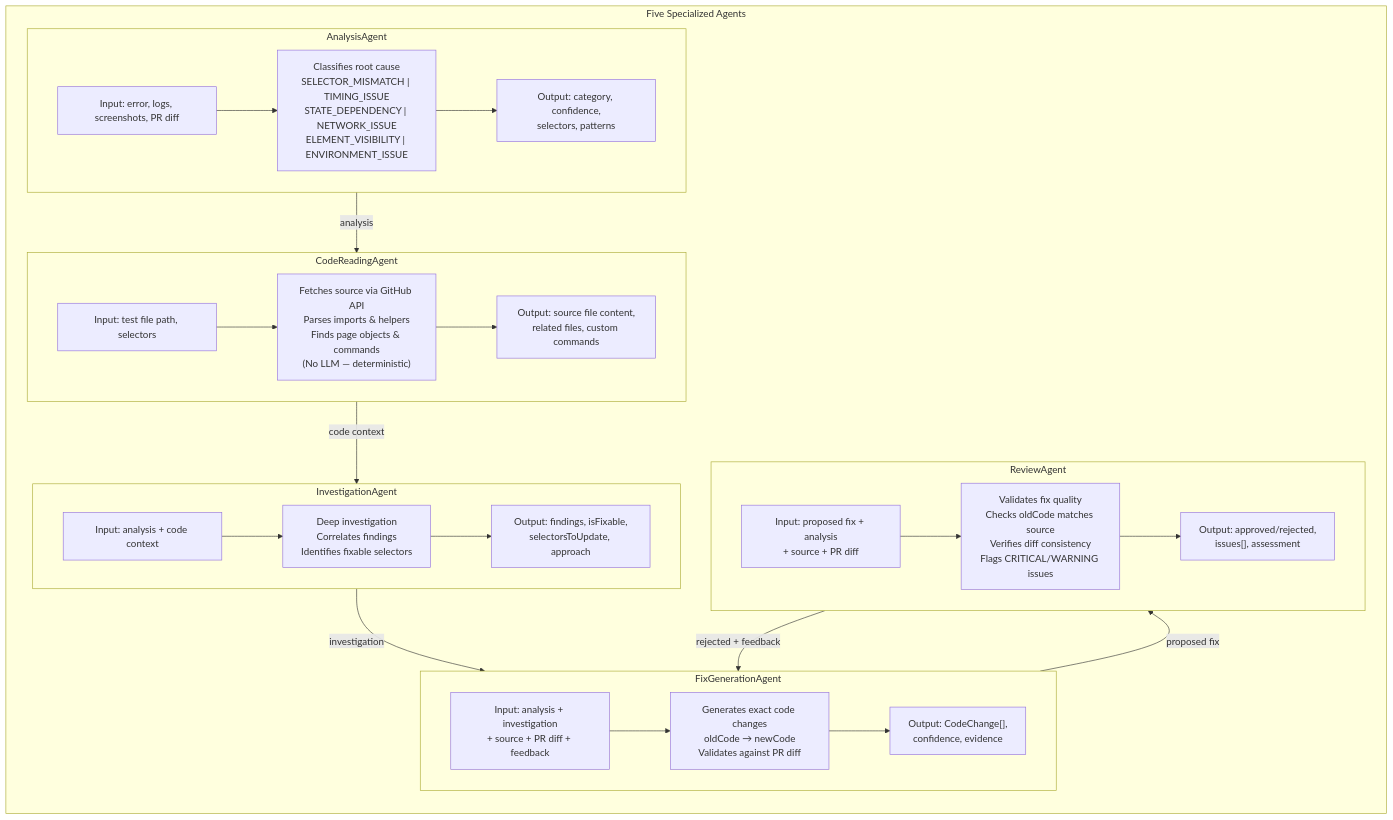
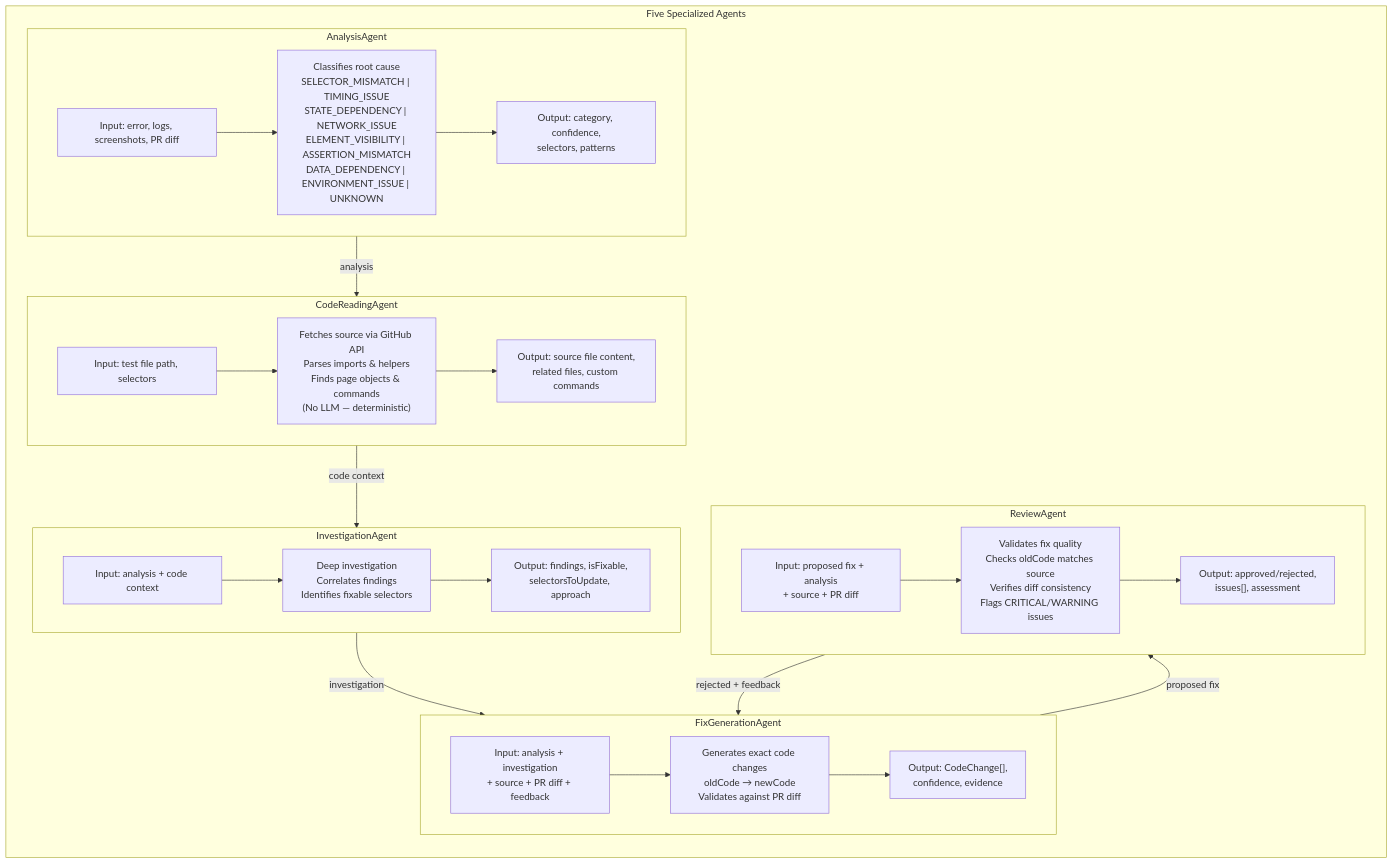
One commit to adept-at/adept-triage-agent changed the sixth of 6 diagrams in docs/agent-workflow-flowchart.md. Above: the diagram before and after it, drawn with Mermaid. The commit also changed other lines of this file and 8 other files, not shown here.

````diff
--- a/docs/agent-workflow-flowchart.md
+++ b/docs/agent-workflow-flowchart.md
@@ -302,47 +307,47 @@
 ```mermaid
 flowchart TB
     subgraph AGENTS["Five Specialized Agents"]
         direction TB
 
         subgraph A1["AnalysisAgent"]
             A1_IN["Input: error, logs, screenshots, PR diff"]
-            A1_WORK["Classifies root cause<br/>SELECTOR_MISMATCH | TIMING_ISSUE<br/>STATE_DEPENDENCY | NETWORK_ISSUE<br/>ELEMENT_VISIBILITY | ENVIRONMENT_ISSUE"]
+            A1_WORK["Classifies root cause<br/>SELECTOR_MISMATCH | TIMING_ISSUE<br/>STATE_DEPENDENCY | NETWORK_ISSUE<br/>ELEMENT_VISIBILITY | ASSERTION_MISMATCH<br/>DATA_DEPENDENCY | ENVIRONMENT_ISSUE | UNKNOWN"]
             A1_OUT["Output: category, confidence,<br/>selectors, patterns"]
             A1_IN --> A1_WORK --> A1_OUT
         end
 
         subgraph A2["CodeReadingAgent"]
             A2_IN["Input: test file path, selectors"]
             A2_WORK["Fetches source via GitHub API<br/>Parses imports & helpers<br/>Finds page objects & commands<br/>(No LLM — deterministic)"]
             A2_OUT["Output: source file content,<br/>related files, custom commands"]
             A2_IN --> A2_WORK --> A2_OUT
         end
 
         subgraph A3["InvestigationAgent"]
             A3_IN["Input: analysis + code context"]
             A3_WORK["Deep investigation<br/>Correlates findings<br/>Identifies fixable selectors"]
             A3_OUT["Output: findings, isFixable,<br/>selectorsToUpdate, approach"]
             A3_IN --> A3_WORK --> A3_OUT
         end
 
         subgraph A4["FixGenerationAgent"]
             A4_IN["Input: analysis + investigation<br/>+ source + PR diff + feedback"]
             A4_WORK["Generates exact code changes<br/>oldCode → newCode<br/>Validates against PR diff"]
             A4_OUT["Output: CodeChange[],<br/>confidence, evidence"]
             A4_IN --> A4_WORK --> A4_OUT
         end
 
         subgraph A5["ReviewAgent"]
             A5_IN["Input: proposed fix + analysis<br/>+ source + PR diff"]
             A5_WORK["Validates fix quality<br/>Checks oldCode matches source<br/>Verifies diff consistency<br/>Flags CRITICAL/WARNING issues"]
             A5_OUT["Output: approved/rejected,<br/>issues[], assessment"]
             A5_IN --> A5_WORK --> A5_OUT
         end
     end
 
     A1 -->|analysis| A2
     A2 -->|code context| A3
     A3 -->|investigation| A4
     A4 -->|proposed fix| A5
     A5 -->|"rejected + feedback"| A4
 ```
````
